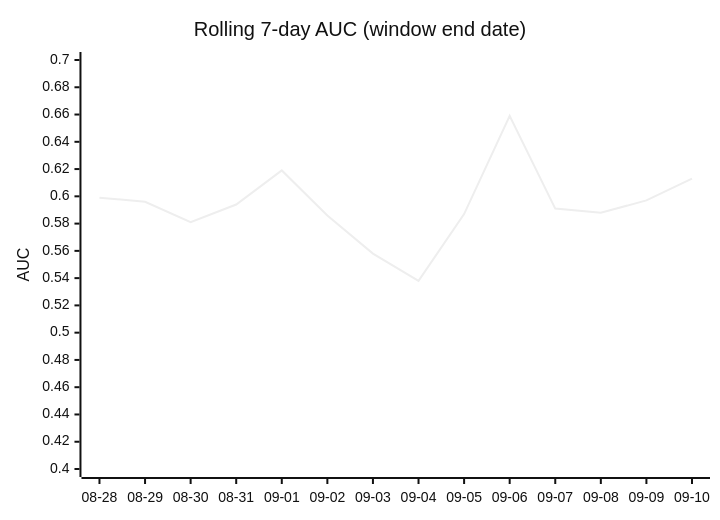
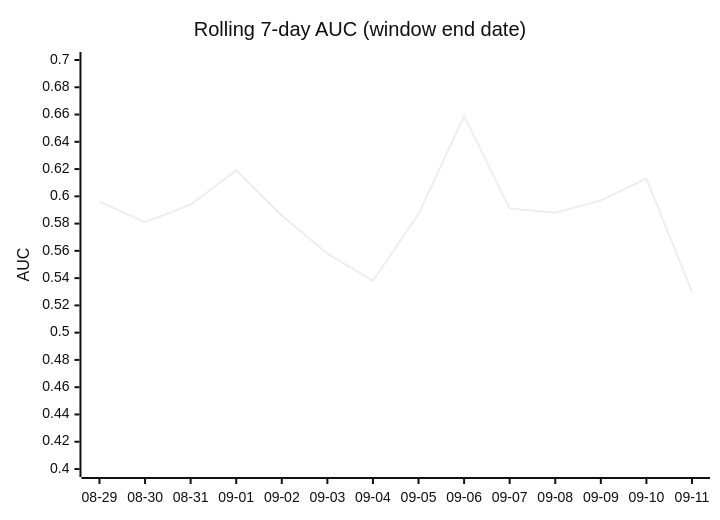
One commit to dpk1212/nhl-savant changed the third of 4 diagrams in DAILY_AGSU_REPORT.md. Above: the diagram before and after it, drawn with Mermaid (neutral theme). The commit also changed other lines of this file, not shown here.

````diff
--- a/DAILY_AGSU_REPORT.md
+++ b/DAILY_AGSU_REPORT.md
@@ -853,7 +865,7 @@
 ```mermaid
 xychart-beta
     title "Rolling 7-day AUC (window end date)"
-    x-axis ["08-28", "08-29", "08-30", "08-31", "09-01", "09-02", "09-03", "09-04", "09-05", "09-06", "09-07", "09-08", "09-09", "09-10"]
+    x-axis ["08-29", "08-30", "08-31", "09-01", "09-02", "09-03", "09-04", "09-05", "09-06", "09-07", "09-08", "09-09", "09-10", "09-11"]
     y-axis "AUC" 0.4 --> 0.7
-    line [0.599, 0.596, 0.581, 0.594, 0.619, 0.586, 0.558, 0.538, 0.587, 0.659, 0.591, 0.588, 0.597, 0.613]
+    line [0.596, 0.581, 0.594, 0.619, 0.586, 0.558, 0.538, 0.587, 0.659, 0.591, 0.588, 0.597, 0.613, 0.53]
 ```
````
